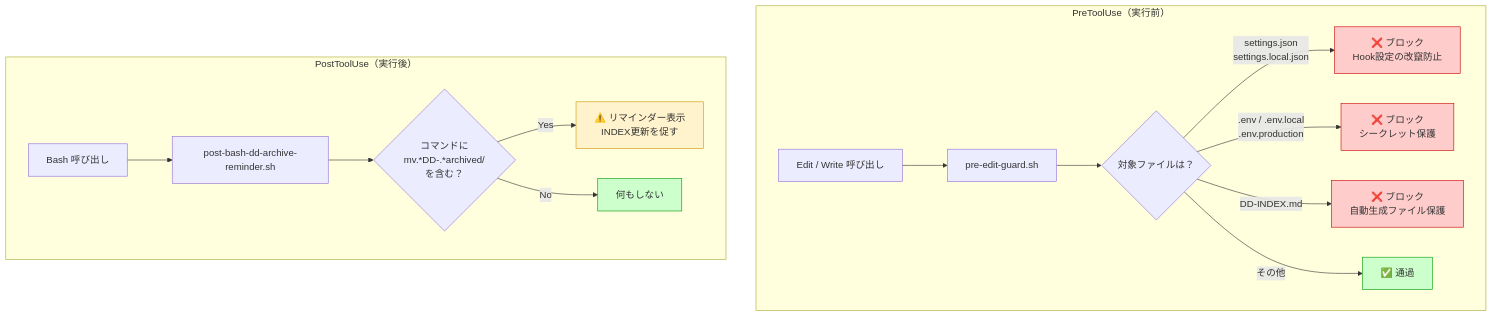
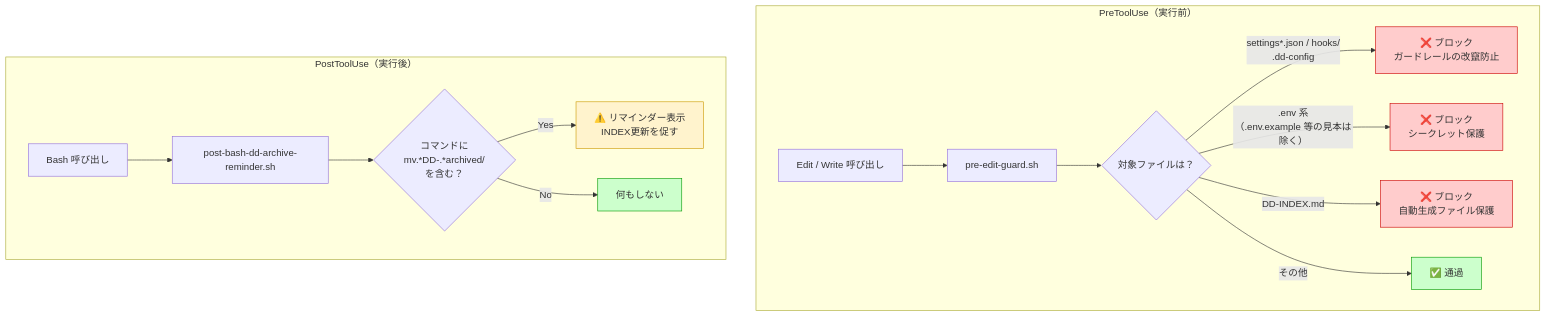
The fifth of 6 diagrams in doc/dd-skill-architecture.md (ishimori/dd-know-how), drawn with Mermaid before and after one commit. The commit also changed 3 other files, not shown here.

````diff
--- a/doc/dd-skill-architecture.md
+++ b/doc/dd-skill-architecture.md
@@ -162,27 +162,27 @@
 ```mermaid
 flowchart TD
     subgraph "PreToolUse（実行前）"
         PE["Edit / Write 呼び出し"]
         PE --> PG["pre-edit-guard.sh"]
         PG --> CHK1{"対象ファイルは？"}
-        CHK1 -- "settings.json\nsettings.local.json" --> BLOCK1["❌ ブロック\nHook設定の改竄防止"]
-        CHK1 -- ".env / .env.local\n.env.production" --> BLOCK2["❌ ブロック\nシークレット保護"]
+        CHK1 -- "settings*.json / hooks/\n.dd-config" --> BLOCK1["❌ ブロック\nガードレールの改竄防止"]
+        CHK1 -- ".env 系\n（.env.example 等の見本は除く）" --> BLOCK2["❌ ブロック\nシークレット保護"]
         CHK1 -- "DD-INDEX.md" --> BLOCK3["❌ ブロック\n自動生成ファイル保護"]
         CHK1 -- "その他" --> PASS1["✅ 通過"]
     end
 
     subgraph "PostToolUse（実行後）"
         PB["Bash 呼び出し"]
         PB --> PA["post-bash-dd-archive-reminder.sh"]
         PA --> CHK2{"コマンドに\nmv.*DD-.*archived/\nを含む？"}
         CHK2 -- Yes --> REMIND["⚠️ リマインダー表示\nINDEX更新を促す"]
         CHK2 -- No --> PASS2["何もしない"]
     end
 
     style BLOCK1 fill:#ffcccc,stroke:#cc0000
     style BLOCK2 fill:#ffcccc,stroke:#cc0000
     style BLOCK3 fill:#ffcccc,stroke:#cc0000
     style REMIND fill:#fff3cd,stroke:#cc9900
     style PASS1 fill:#ccffcc,stroke:#009900
     style PASS2 fill:#ccffcc,stroke:#009900
 ```
````
